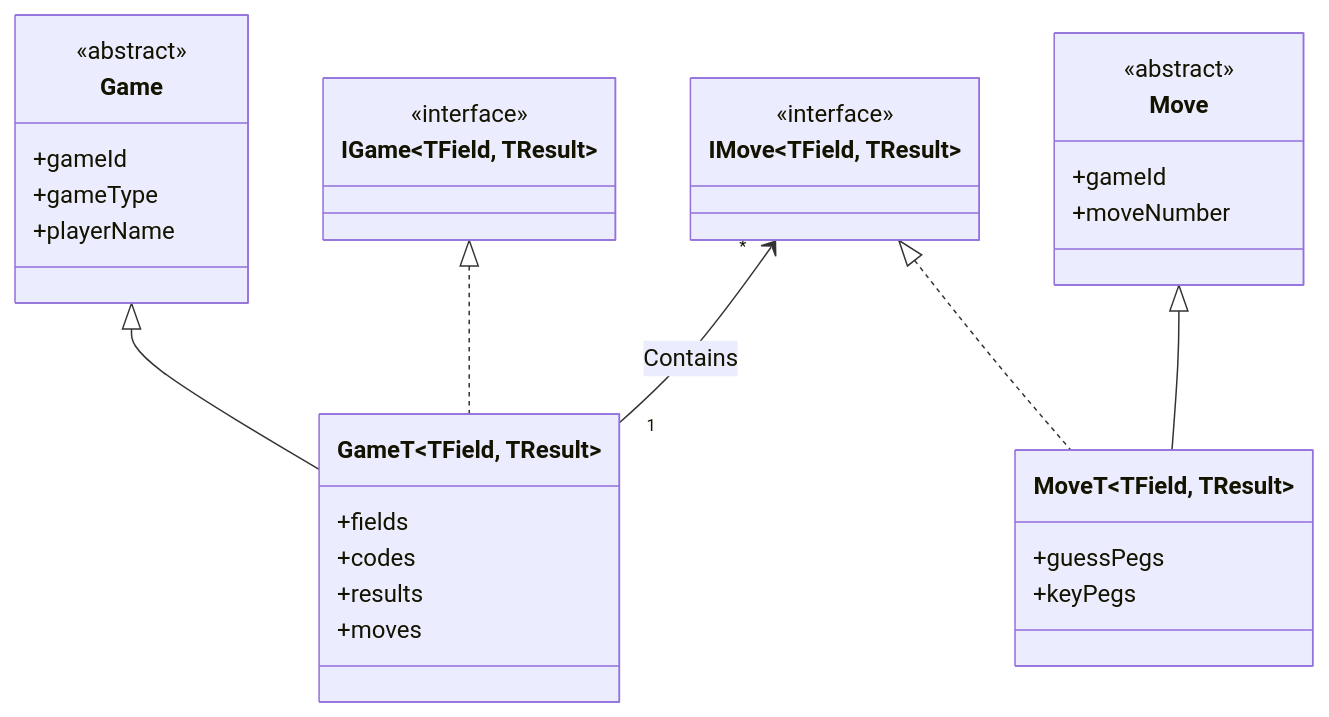
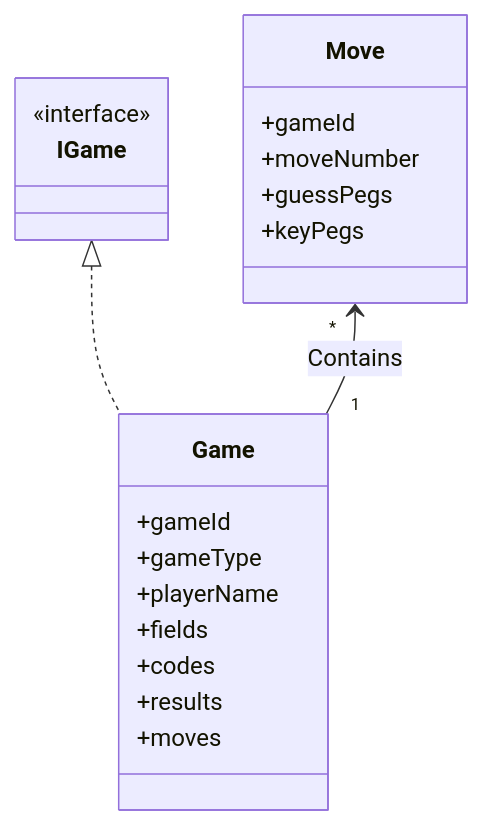
The diagram in GameModels.md (PacktPublishing/Pragmatic-Microservices-with-CSharp-and-Azure), drawn with Mermaid before and after one commit.

Commit message:
update game models with KISS

````diff
--- a/GameModels.md
+++ b/GameModels.md
@@ -3,37 +3,25 @@
 ```mermaid
 classDiagram
   direction TD
-  Game <|-- GameT~TField, TResult~
-  IGame~TField, TResult~ <|.. GameT~TField, TResult~
-  IMove~TField, TResult~ <|.. MoveT~TField, TResult~
-  Move <|-- MoveT~TField, TResult~
-  IMove~TField, TResult~ "*" <-- "1" GameT~TField, TResult~ : Contains
-  class IGame~TField, TResult~ {
+  IGame <|.. Game
+  Move "*" <-- "1" Game : Contains
+  class IGame {
     <<interface>>
   }
   class Game{
-    <<abstract>>
     +gameId
     +gameType
     +playerName
-  }
-  class GameT~TField, TResult~{
     +fields
     +codes
     +results
     +moves
   }
-  class IMove~TField, TResult~{
-    <<interface>>
-  }
+
   class Move{
-    <<abstract>>
     +gameId
     +moveNumber
-  }
-  class MoveT~TField, TResult~{
     +guessPegs
     +keyPegs
   }
-
 ```
````
